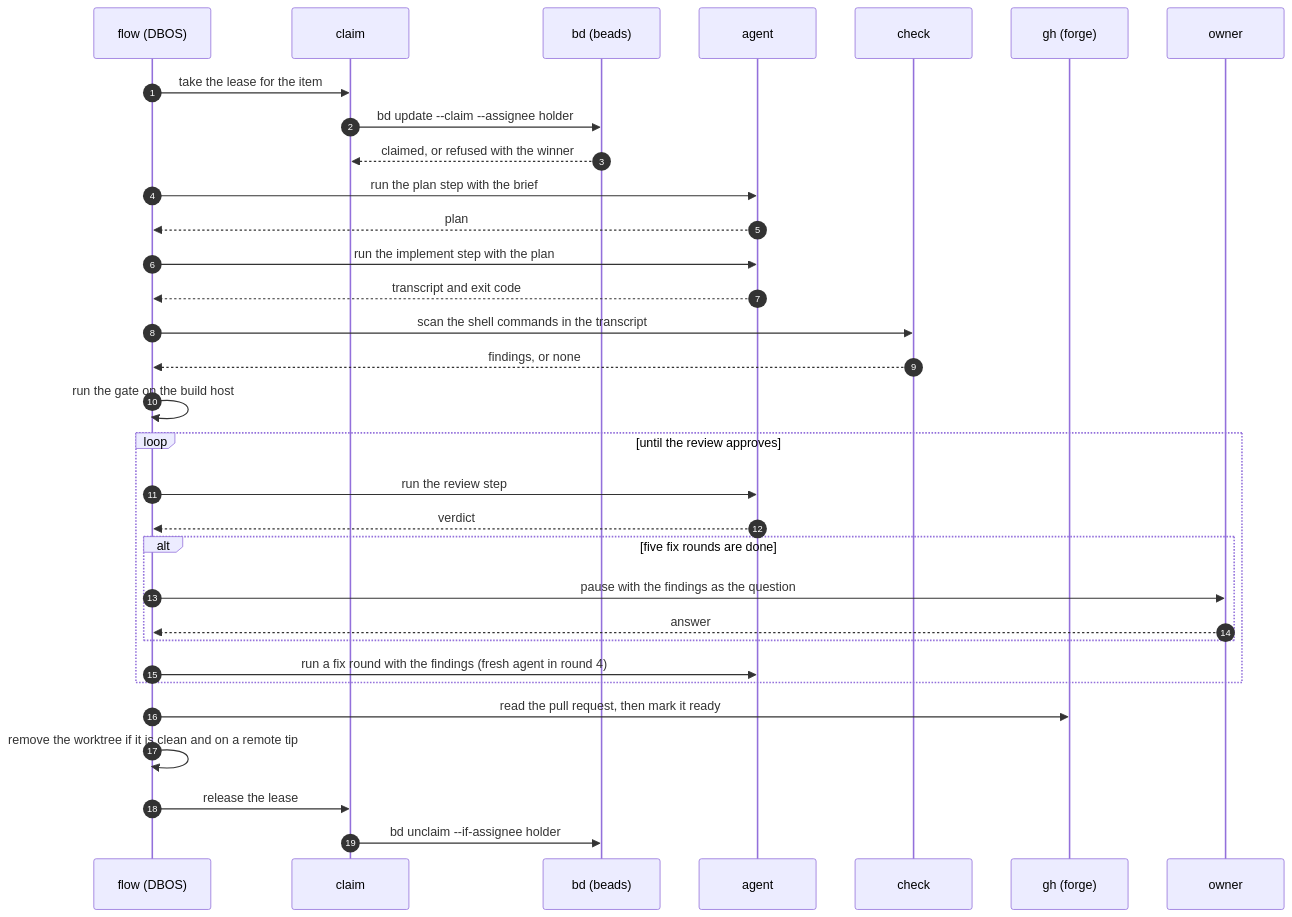
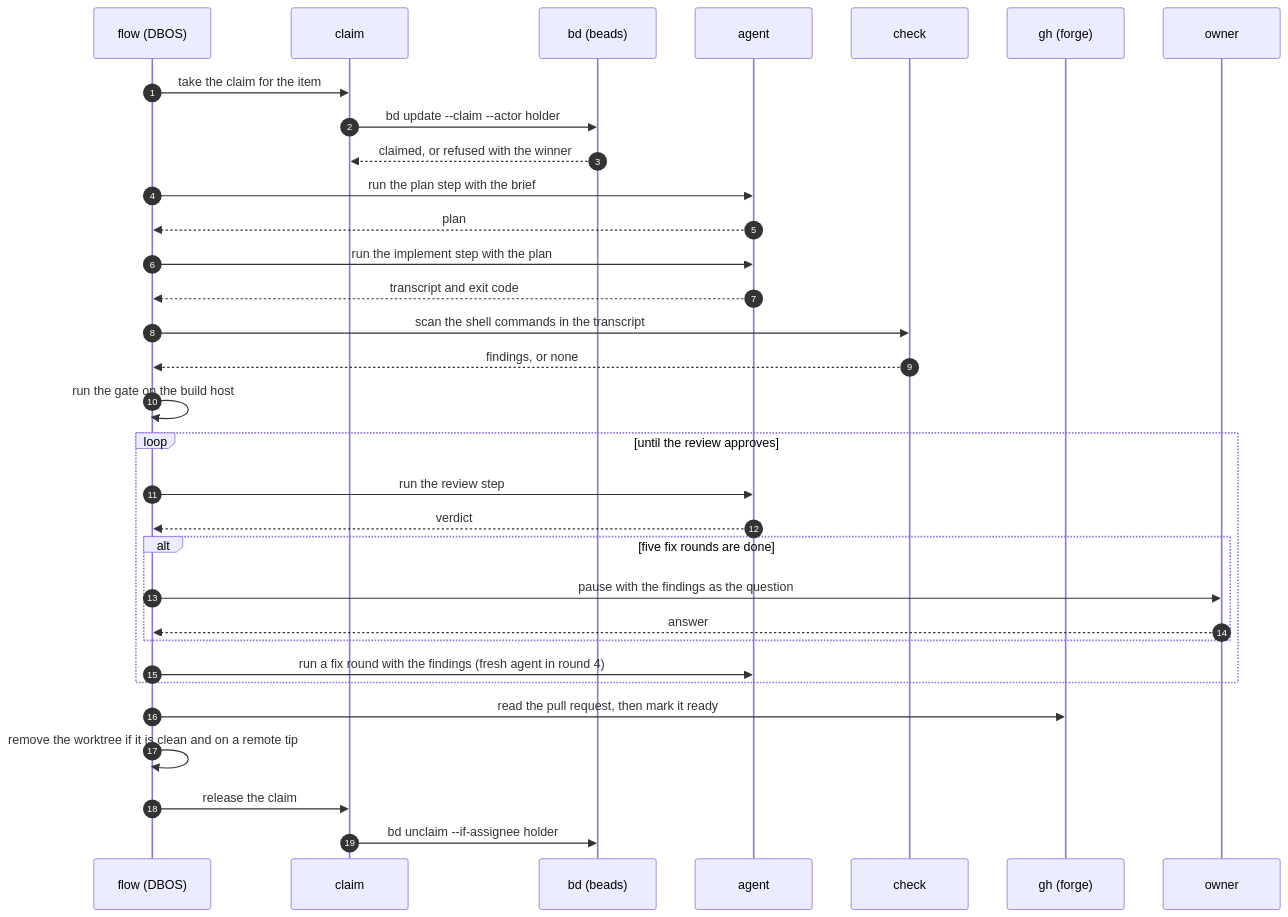
The third of 3 diagrams in docs/architecture.md (tobocop2/beehave), drawn with Mermaid before and after one commit. The commit also changed other lines of this file and 47 other files, not shown here.

````diff
--- a/docs/architecture.md
+++ b/docs/architecture.md
@@ -274,35 +290,35 @@
 ```mermaid
 sequenceDiagram
     autonumber
     participant F as flow (DBOS)
     participant C as claim
     participant B as bd (beads)
     participant A as agent
     participant K as check
     participant G as gh (forge)
     participant O as owner
 
-    F->>C: take the lease for the item
-    C->>B: bd update --claim --assignee holder#token
+    F->>C: take the claim for the item
+    C->>B: bd update --claim --actor holder
     B-->>C: claimed, or refused with the winner
     F->>A: run the plan step with the brief
     A-->>F: plan
     F->>A: run the implement step with the plan
     A-->>F: transcript and exit code
     F->>K: scan the shell commands in the transcript
     K-->>F: findings, or none
     F->>F: run the gate on the build host
     loop until the review approves
         F->>A: run the review step
         A-->>F: verdict
         alt five fix rounds are done
             F->>O: pause with the findings as the question
             O-->>F: answer
         end
         F->>A: run a fix round with the findings (fresh agent in round 4)
     end
     F->>G: read the pull request, then mark it ready
     F->>F: remove the worktree if it is clean and on a remote tip
-    F->>C: release the lease
-    C->>B: bd unclaim --if-assignee holder#token
+    F->>C: release the claim
+    C->>B: bd unclaim --if-assignee holder
 ```
````
